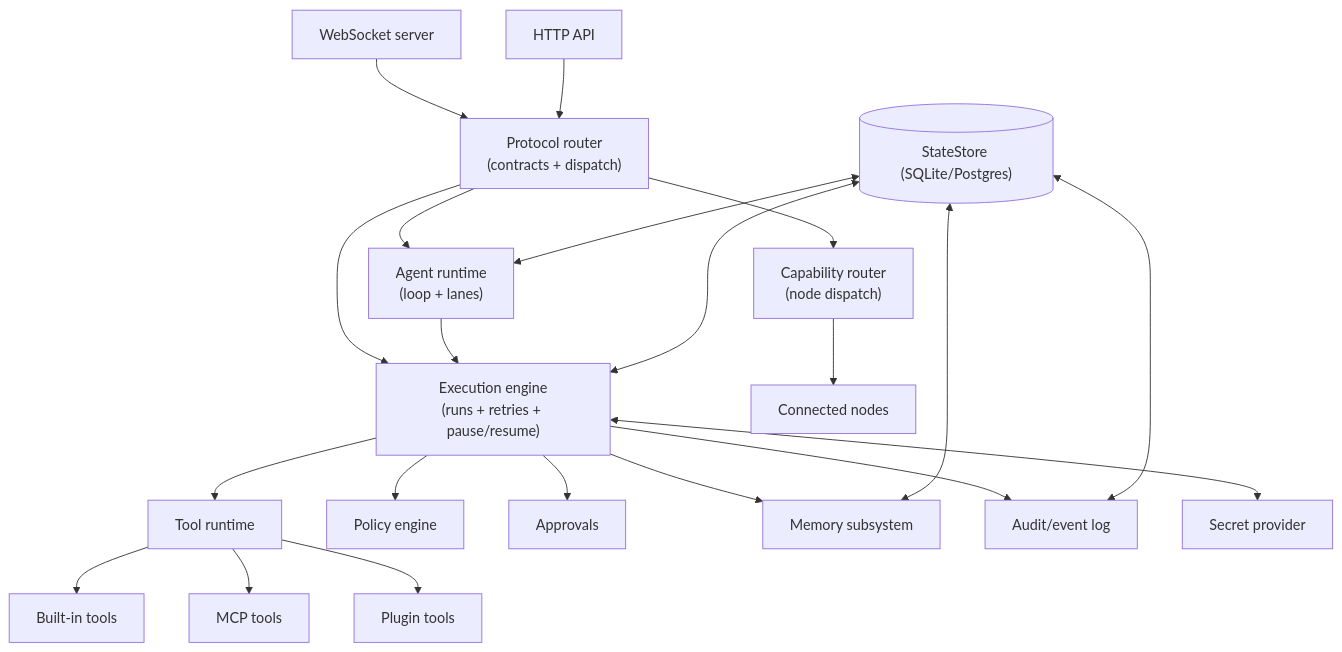
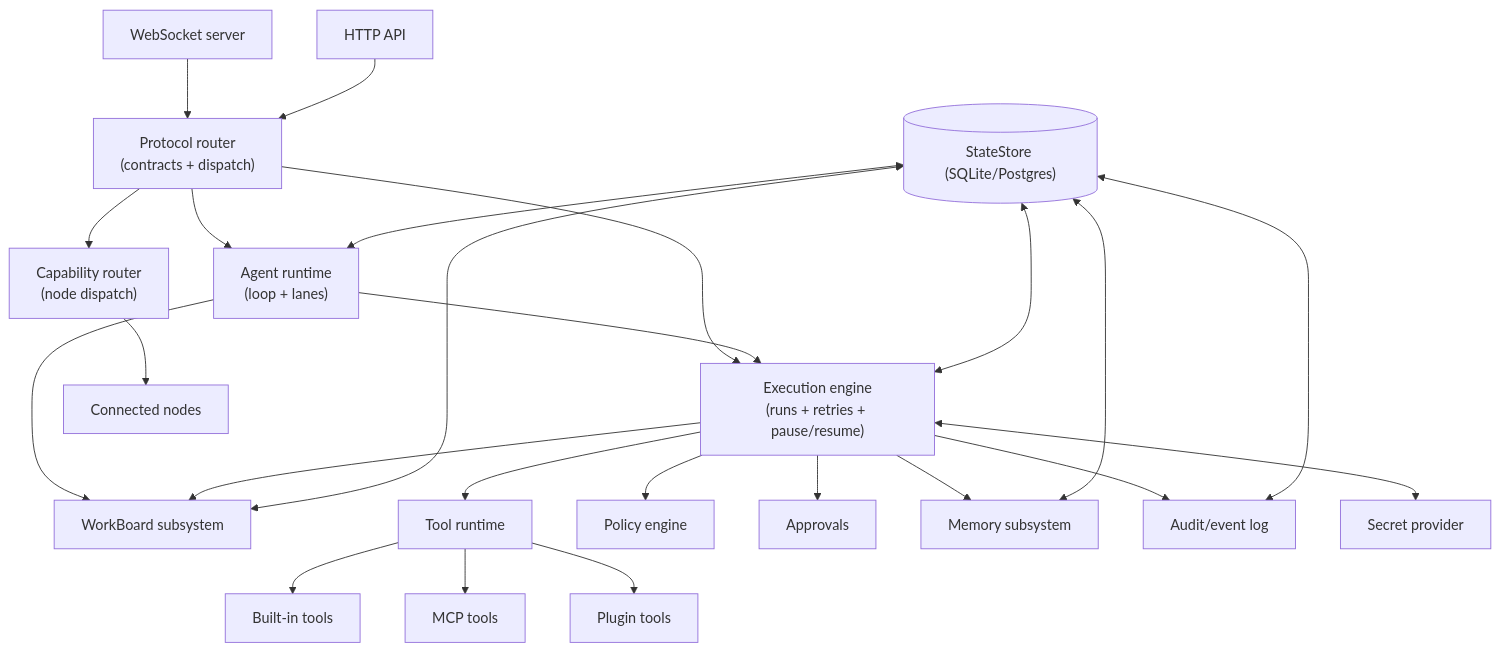
Before and after one commit to tyrumai/tyrum: the diagram in docs/architecture/gateway/index.md, drawn with Mermaid. The commit also changed other lines of this file and 13 other files, not shown here.

Commit message:
Document WorkBoard drilldown and work focus digest

````diff
--- a/docs/architecture/gateway/index.md
+++ b/docs/architecture/gateway/index.md
@@ -28,28 +28,31 @@
 ```mermaid
 flowchart TB
   WS["WebSocket server"] --> PROTO["Protocol router<br/>(contracts + dispatch)"]
   HTTP["HTTP API"] --> PROTO
 
   PROTO --> AG["Agent runtime<br/>(loop + lanes)"]
   PROTO --> ENG["Execution engine<br/>(runs + retries + pause/resume)"]
   PROTO --> CAP["Capability router<br/>(node dispatch)"]
 
   AG --> ENG
+  AG --> WORK["WorkBoard subsystem"]
   ENG --> TOOLS["Tool runtime"]
   TOOLS --> BUILTIN["Built-in tools"]
   TOOLS --> MCP["MCP tools"]
   TOOLS --> PLUGTOOLS["Plugin tools"]
 
   ENG --> POLICY["Policy engine"]
   ENG --> APPR["Approvals"]
+  ENG --> WORK
   ENG --> MEM["Memory subsystem"]
   ENG --> AUDIT["Audit/event log"]
   ENG <--> SECRETS["Secret provider"]
 
   DB[("StateStore (SQLite/Postgres)")] <--> MEM
+  DB <--> WORK
   DB <--> AUDIT
   DB <--> AG
   DB <--> ENG
 
   CAP --> NODES["Connected nodes"]
 ```
````
